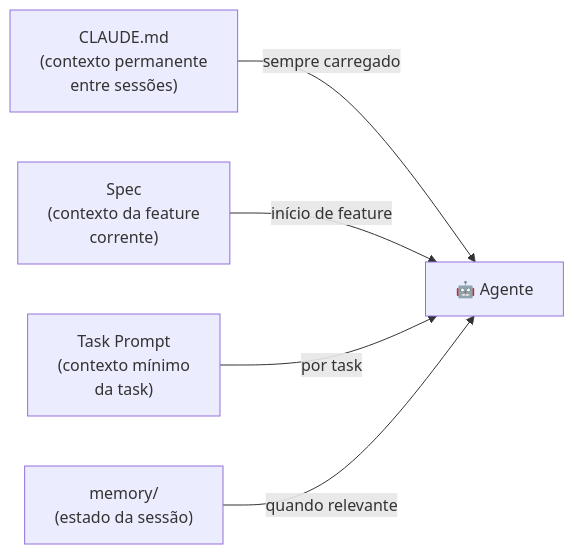
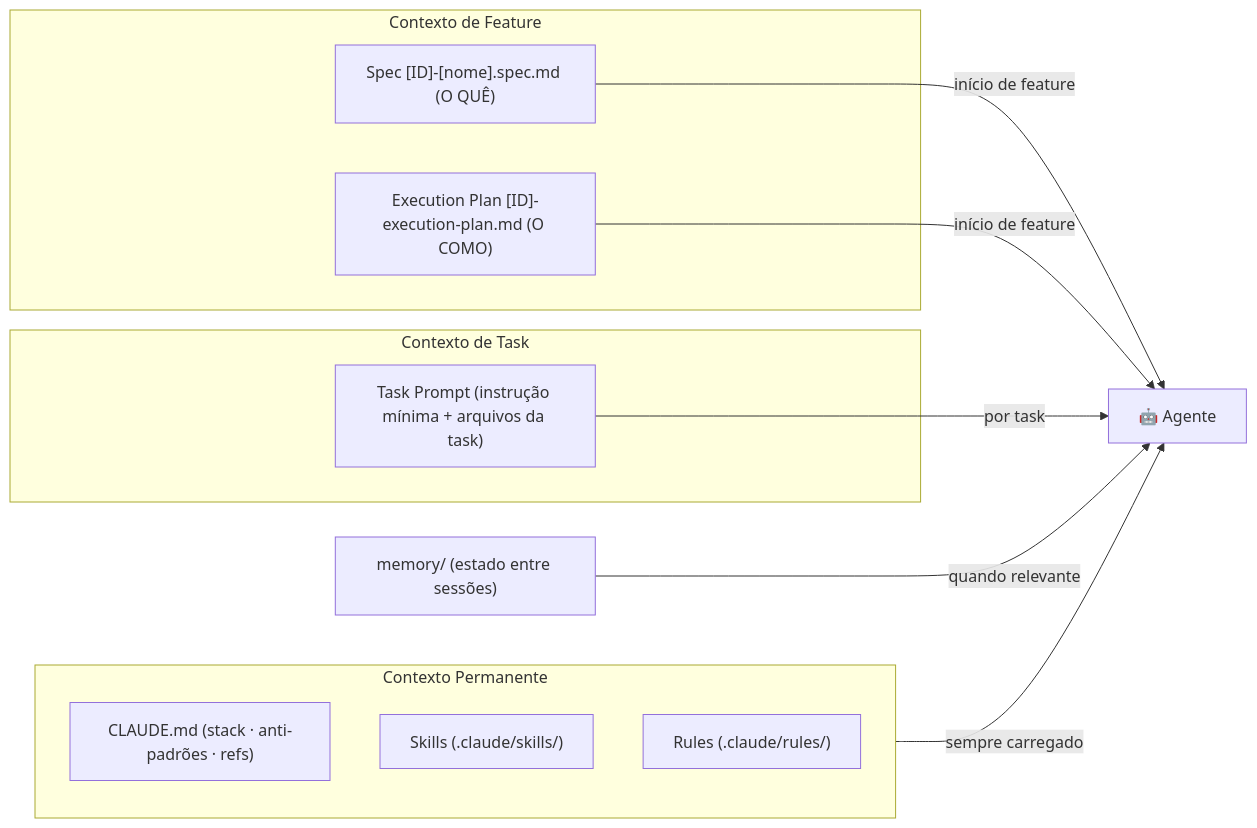
Before and after one commit to silviobassi/AI_SOFTWARE_DEVELOPMENT_FLOW: the second of 2 diagrams in docs/FLOW.md, drawn with Mermaid. The commit also changed other lines of this file and 9 other files, not shown here.

````diff
--- a/docs/FLOW.md
+++ b/docs/FLOW.md
@@ -122,12 +143,25 @@
 ```mermaid
 flowchart LR
-    CM["CLAUDE.md\n(contexto permanente\nentre sessões)"]
-    SP["Spec\n(contexto da feature\ncorrente)"]
-    TP["Task Prompt\n(contexto mínimo\nda task)"]
-    MEM["memory/\n(estado da sessão)"]
+    subgraph PERM["Contexto Permanente"]
+        CM["CLAUDE.md (stack · anti-padrões · refs)"]
+        SK["Skills (.claude/skills/)"]
+        RU["Rules (.claude/rules/)"]
+    end
 
-    CM -->|"sempre carregado"| AGT["🤖 Agente"]
-    SP -->|"início de feature"| AGT
-    TP -->|"por task"| AGT
-    MEM -->|"quando relevante"| AGT
+    subgraph FEAT["Contexto de Feature"]
+        SP["Spec [ID]-[nome].spec.md (O QUÊ)"]
+        EP["Execution Plan [ID]-execution-plan.md (O COMO)"]
+    end
+
+    subgraph TASK["Contexto de Task"]
+        TP["Task Prompt (instrução mínima + arquivos da task)"]
+    end
+
+    MEM["memory/ (estado entre sessões)"]
+
+    PERM -->|"sempre carregado"| AGT["🤖 Agente"]
+    SP   -->|"início de feature"| AGT
+    EP   -->|"início de feature"| AGT
+    TP   -->|"por task"| AGT
+    MEM  -->|"quando relevante"| AGT
 ```
````
